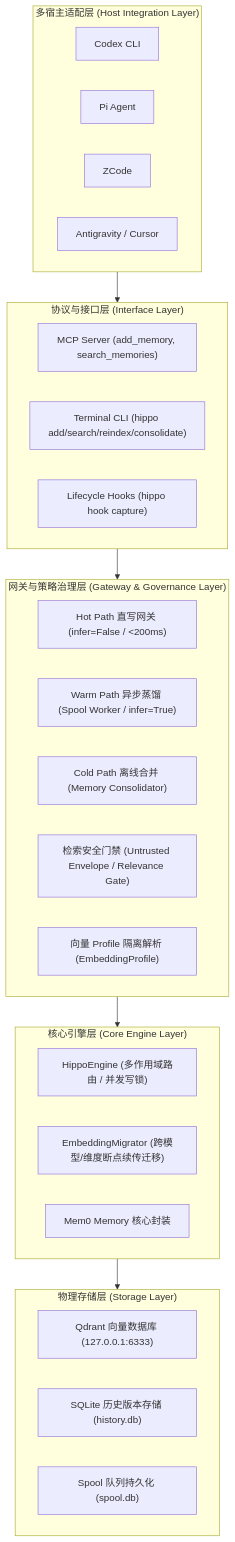
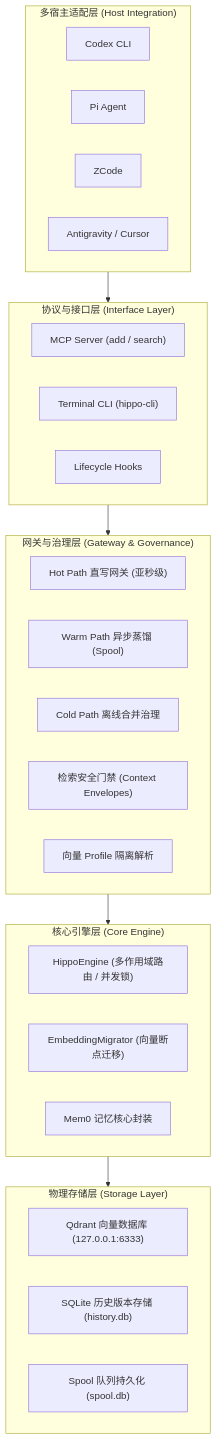
The diagram in docs/architecture/index.md (mungerism/hippo), drawn with Mermaid before and after one commit. The commit also changed 3 other files, not shown here.

Commit message:
style(docs): fix Mermaid text truncation and optimize homepage diagram card layout

````diff
--- a/docs/architecture/index.md
+++ b/docs/architecture/index.md
@@ -15,40 +15,40 @@
 ```mermaid
 flowchart TD
-    subgraph HOSTS ["多宿主适配层 (Host Integration Layer)"]
+    subgraph HOSTS ["多宿主适配层 (Host Integration)"]
         H1["Codex CLI"]
         H2["Pi Agent"]
         H3["ZCode"]
         H4["Antigravity / Cursor"]
     end
 
     subgraph INTERFACE ["协议与接口层 (Interface Layer)"]
-        I1["MCP Server (add_memory, search_memories)"]
-        I2["Terminal CLI (hippo add/search/reindex/consolidate)"]
-        I3["Lifecycle Hooks (hippo hook capture)"]
+        I1["MCP Server (add / search)"]
+        I2["Terminal CLI (hippo-cli)"]
+        I3["Lifecycle Hooks"]
     end
 
-    subgraph GATEWAY ["网关与策略治理层 (Gateway & Governance Layer)"]
-        G1["Hot Path 直写网关 (infer=False / <200ms)"]
-        G2["Warm Path 异步蒸馏 (Spool Worker / infer=True)"]
-        G3["Cold Path 离线合并 (Memory Consolidator)"]
-        G4["检索安全门禁 (Untrusted Envelope / Relevance Gate)"]
-        G5["向量 Profile 隔离解析 (EmbeddingProfile)"]
+    subgraph GATEWAY ["网关与治理层 (Gateway & Governance)"]
+        G1["Hot Path 直写网关 (亚秒级)"]
+        G2["Warm Path 异步蒸馏 (Spool)"]
+        G3["Cold Path 离线合并治理"]
+        G4["检索安全门禁 (Context Envelopes)"]
+        G5["向量 Profile 隔离解析"]
     end
 
-    subgraph CORE ["核心引擎层 (Core Engine Layer)"]
-        C1["HippoEngine (多作用域路由 / 并发写锁)"]
-        C2["EmbeddingMigrator (跨模型/维度断点续传迁移)"]
-        C3["Mem0 Memory 核心封装"]
+    subgraph CORE ["核心引擎层 (Core Engine)"]
+        C1["HippoEngine (多作用域路由 / 并发锁)"]
+        C2["EmbeddingMigrator (向量断点迁移)"]
+        C3["Mem0 记忆核心封装"]
     end
 
     subgraph STORAGE ["物理存储层 (Storage Layer)"]
         S1["Qdrant 向量数据库 (127.0.0.1:6333)"]
         S2["SQLite 历史版本存储 (history.db)"]
         S3["Spool 队列持久化 (spool.db)"]
     end
 
     HOSTS --> INTERFACE
     INTERFACE --> GATEWAY
     GATEWAY --> CORE
     CORE --> STORAGE
 ```
````
